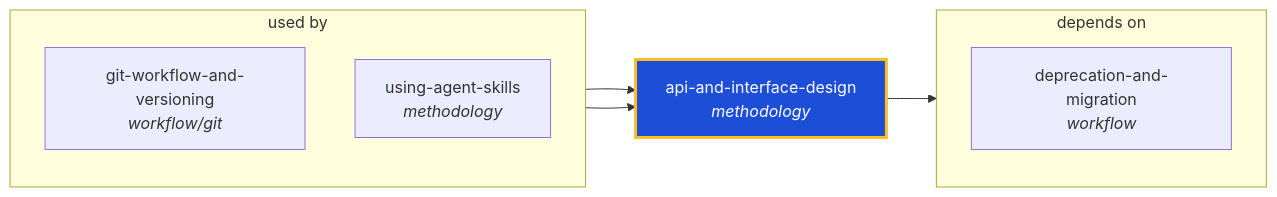
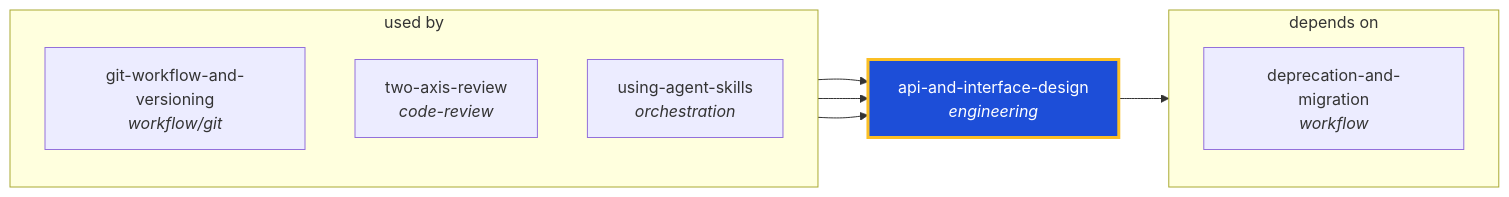
One commit to ThePlenkov/skills changed the diagram in docs/graphs/generated/api-and-interface-design.md. Above: the diagram before and after it, drawn with Mermaid. The commit also changed other lines of this file and 76 other files, not shown here.

````diff
--- a/docs/graphs/generated/api-and-interface-design.md
+++ b/docs/graphs/generated/api-and-interface-design.md
@@ -22,20 +22,22 @@
 ```mermaid
 graph LR
-  api_and_interface_design["api-and-interface-design<br/><i>methodology</i>"]
+  api_and_interface_design["api-and-interface-design<br/><i>engineering</i>"]
   classDef center fill:#1d4ed8,stroke:#fbbf24,stroke-width:3px,color:#fff
   class api_and_interface_design center
 
   subgraph sg_used_by["used by"]
     direction TB
     git_workflow_and_versioning["git-workflow-and-versioning<br/><i>workflow/git</i>"]
-    using_agent_skills["using-agent-skills<br/><i>methodology</i>"]
+    two_axis_review["two-axis-review<br/><i>code-review</i>"]
+    using_agent_skills["using-agent-skills<br/><i>orchestration</i>"]
   end
   git_workflow_and_versioning --> api_and_interface_design
+  two_axis_review --> api_and_interface_design
   using_agent_skills --> api_and_interface_design
 
   subgraph sg_depends_on["depends on"]
     direction TB
     deprecation_and_migration["deprecation-and-migration<br/><i>workflow</i>"]
   end
   api_and_interface_design --> deprecation_and_migration
 ```
````
